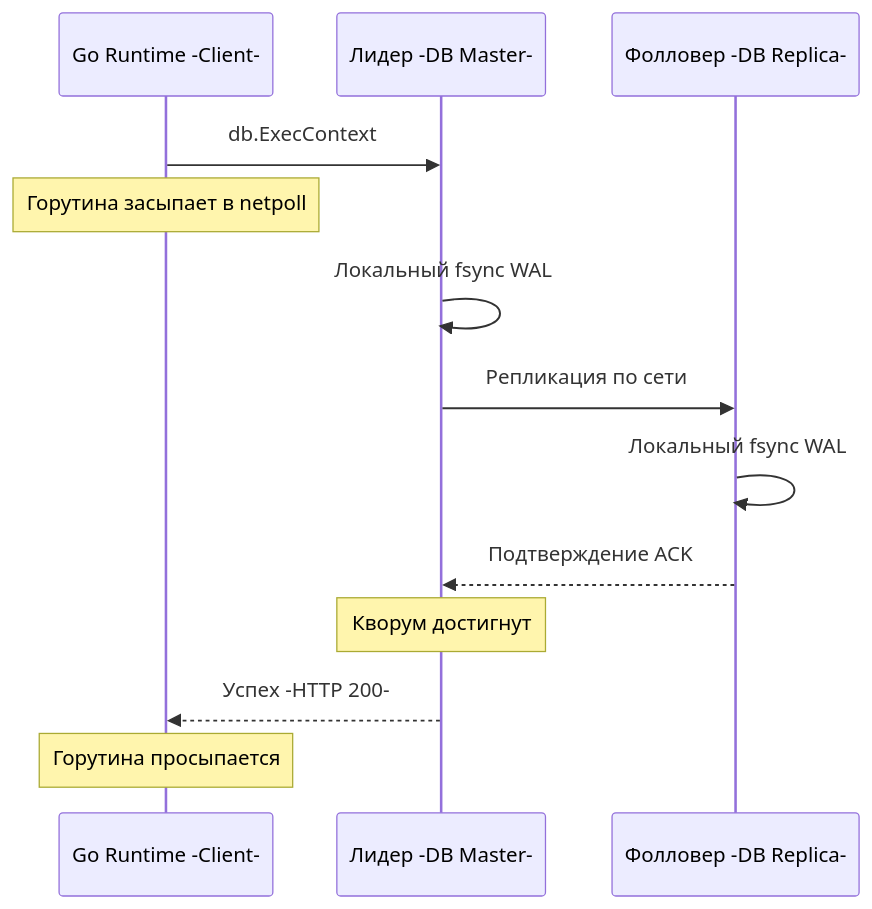
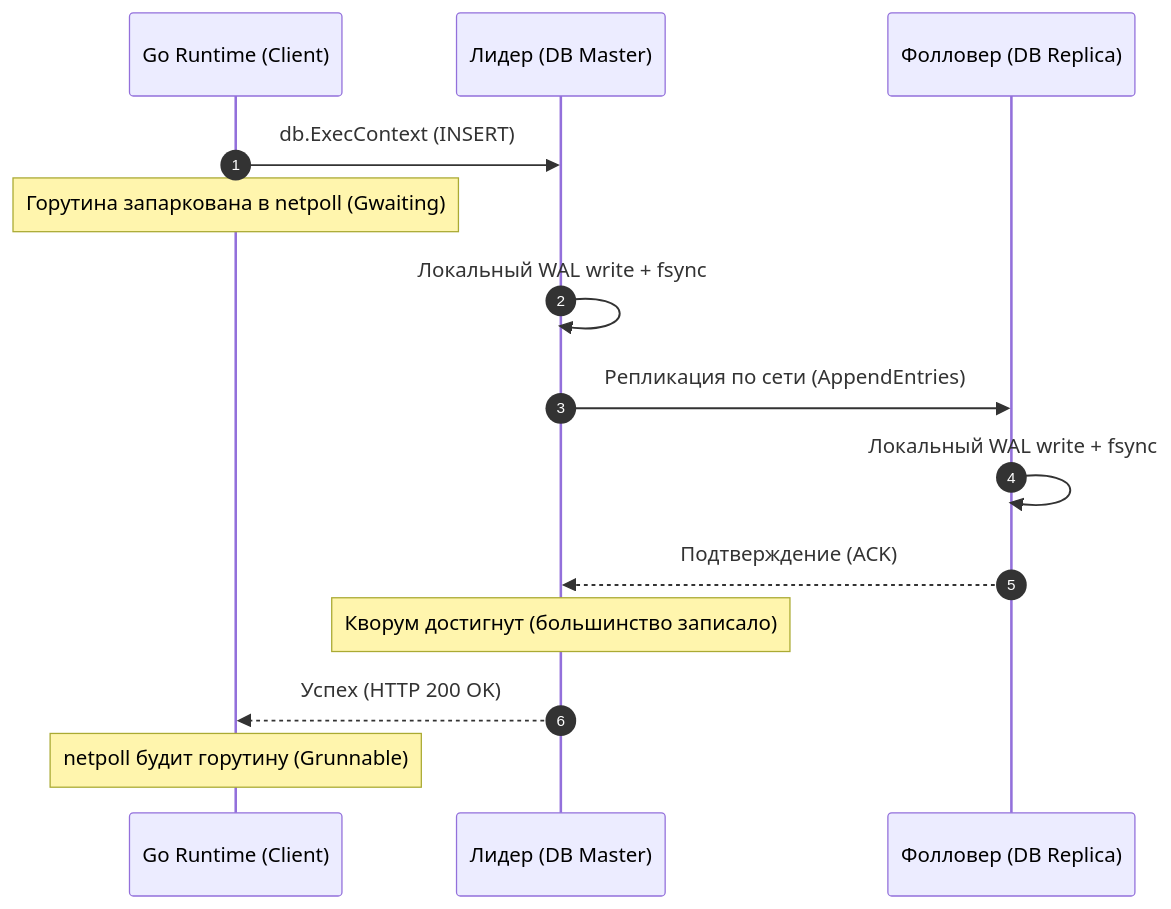
The first of 2 diagrams in sources/14. Распределенные системы на Go/03. Данные и согласованность/2. Strong vs eventual consistency.md (UnrealTemplier/go-textbook), drawn with Mermaid before and after one commit. The commit also changed other lines of this file, not shown here.

````diff
--- a/sources/14. Распределенные системы на Go/03. Данные и согласованность/2. Strong vs eventual consistency.md
+++ b/sources/14. Распределенные системы на Go/03. Данные и согласованность/2. Strong vs eventual consistency.md
@@ -28,19 +42,20 @@
 ```mermaid
 sequenceDiagram
-    participant Go as Go Runtime -Client-
-    participant L as Лидер -DB Master-
-    participant F as Фолловер -DB Replica-
+    autonumber
+    participant Go as Go Runtime (Client)
+    participant L as Лидер (DB Master)
+    participant F as Фолловер (DB Replica)
 
-    Go->>L: db.ExecContext
-    Note over Go: Горутина засыпает в netpoll
+    Go->>L: db.ExecContext (INSERT)
+    Note over Go: Горутина запаркована в netpoll (Gwaiting)
     
-    L->>L: Локальный fsync WAL
-    L->>F: Репликация по сети
+    L->>L: Локальный WAL write + fsync
+    L->>F: Репликация по сети (AppendEntries)
     
-    F->>F: Локальный fsync WAL
-    F-->>L: Подтверждение ACK
+    F->>F: Локальный WAL write + fsync
+    F-->>L: Подтверждение (ACK)
     
-    Note over L: Кворум достигнут
-    L-->>Go: Успех -HTTP 200-
-    Note over Go: Горутина просыпается
+    Note over L: Кворум достигнут (большинство записало)
+    L-->>Go: Успех (HTTP 200 OK)
+    Note over Go: netpoll будит горутину (Grunnable)
 ```
````
